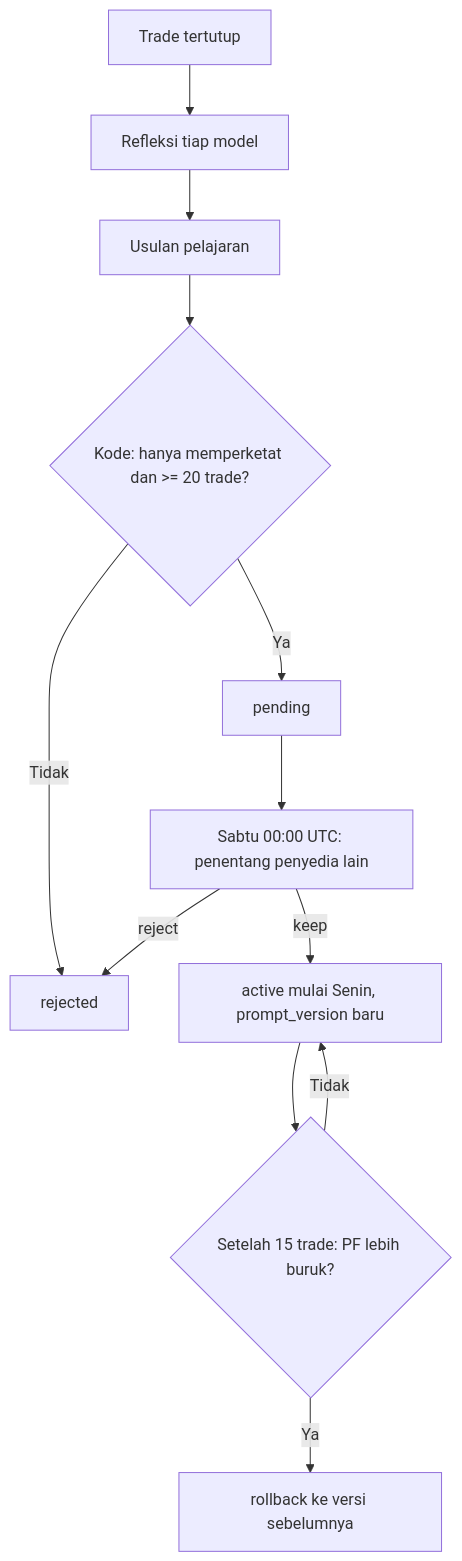
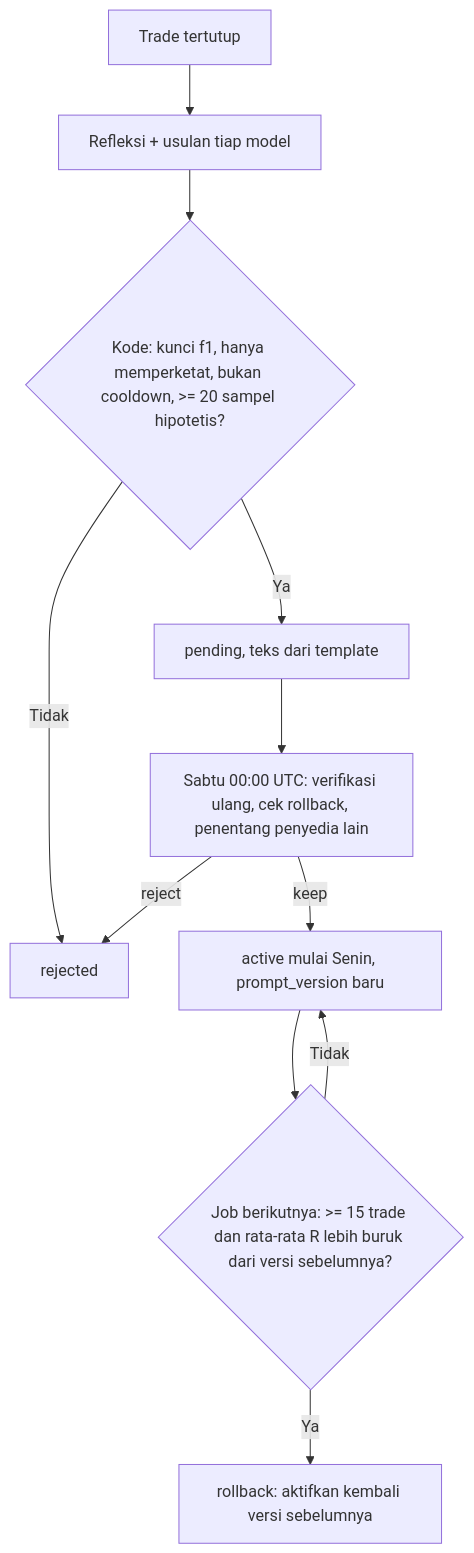
One commit to rifan6juli-svg/tradingbot changed the third of 3 diagrams in docs/AFD.md. Above: the diagram before and after it, drawn with Mermaid. The commit also changed other lines of this file and 6 other files, not shown here.

````diff
--- a/docs/AFD.md
+++ b/docs/AFD.md
@@ -155,14 +170,13 @@
 ```mermaid
 flowchart TD
-  T[Trade tertutup] --> R[Refleksi tiap model]
-  R --> U[Usulan pelajaran]
-  U --> V{Kode: hanya memperketat dan >= 20 trade?}
+  T[Trade tertutup] --> R[Refleksi + usulan tiap model]
+  R --> V{Kode: kunci f1, hanya memperketat, bukan cooldown, >= 20 sampel hipotetis?}
   V -- Tidak --> X[rejected]
-  V -- Ya --> P[pending]
-  P --> W[Sabtu 00:00 UTC: penentang penyedia lain]
+  V -- Ya --> P[pending, teks dari template]
+  P --> W[Sabtu 00:00 UTC: verifikasi ulang, cek rollback, penentang penyedia lain]
   W -- reject --> X
   W -- keep --> A[active mulai Senin, prompt_version baru]
-  A --> K{Setelah 15 trade: PF lebih buruk?}
-  K -- Ya --> RB[rollback ke versi sebelumnya]
+  A --> K{Job berikutnya: >= 15 trade dan rata-rata R lebih buruk dari versi sebelumnya?}
+  K -- Ya --> RB[rollback: aktifkan kembali versi sebelumnya]
   K -- Tidak --> A
 ```
````
